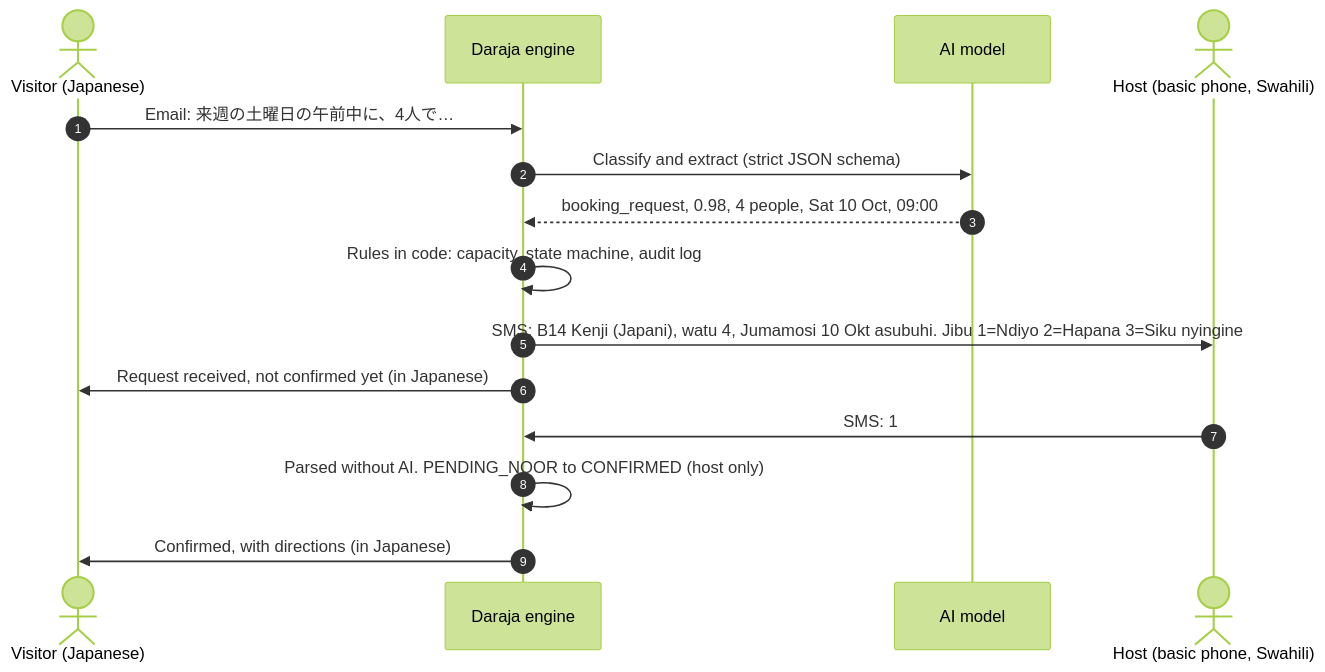
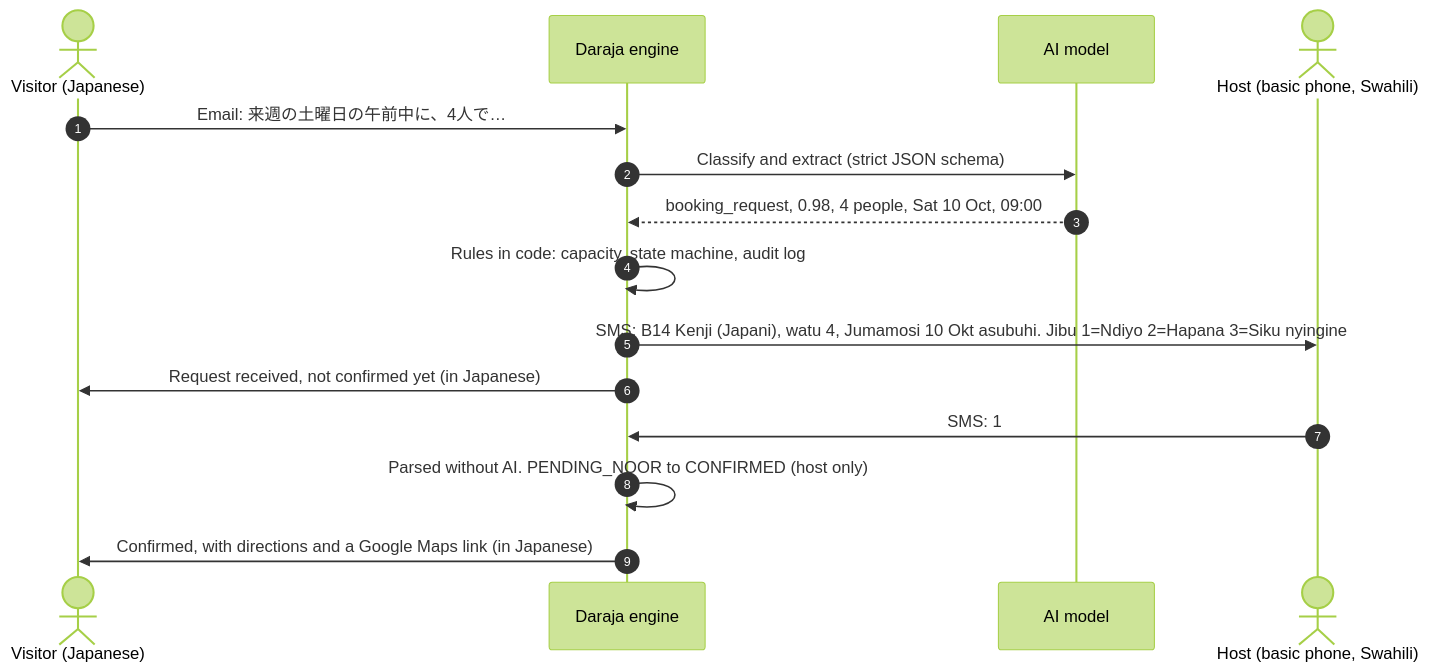
The first of 3 diagrams in README.md (tataknu/daraja), drawn with Mermaid (forest theme) before and after one commit. The commit also changed other lines of this file and 15 other files, not shown here.

First line of the commit message:
Confirmations carry a Google Maps link; the demo shows a small map

````diff
--- a/README.md
+++ b/README.md
@@ -46,17 +46,17 @@
 ```mermaid
 sequenceDiagram
     autonumber
     actor V as Visitor (Japanese)
     participant D as Daraja engine
     participant AI as AI model
     actor H as Host (basic phone, Swahili)
     V->>D: Email: 来週の土曜日の午前中に、4人で…
     D->>AI: Classify and extract (strict JSON schema)
     AI-->>D: booking_request, 0.98, 4 people, Sat 10 Oct, 09:00
     D->>D: Rules in code: capacity, state machine, audit log
     D->>H: SMS: B14 Kenji (Japani), watu 4, Jumamosi 10 Okt asubuhi. Jibu 1=Ndiyo 2=Hapana 3=Siku nyingine
     D->>V: Request received, not confirmed yet (in Japanese)
     H->>D: SMS: 1
     D->>D: Parsed without AI. PENDING_NOOR to CONFIRMED (host only)
-    D->>V: Confirmed, with directions (in Japanese)
+    D->>V: Confirmed, with directions and a Google Maps link (in Japanese)
 ```
````
